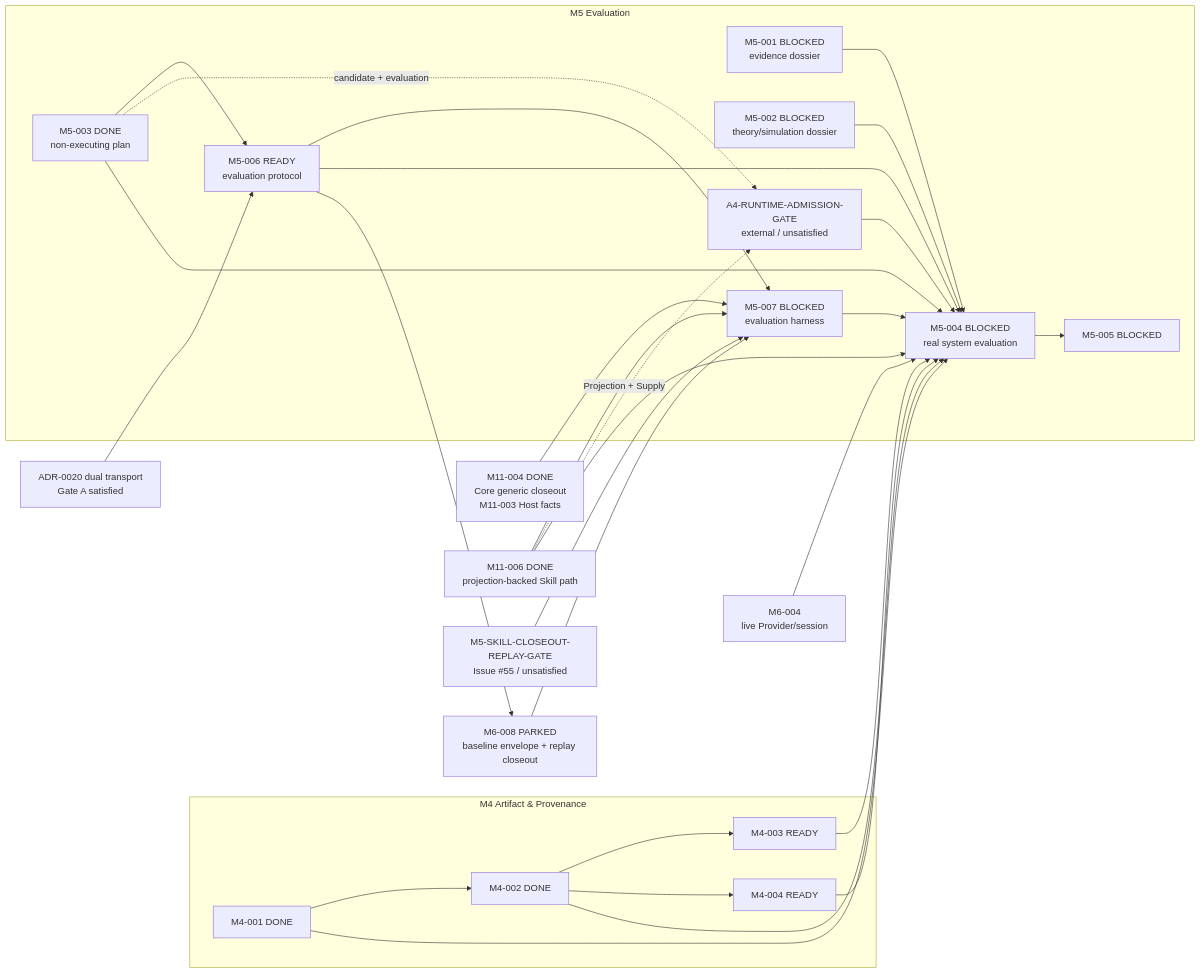
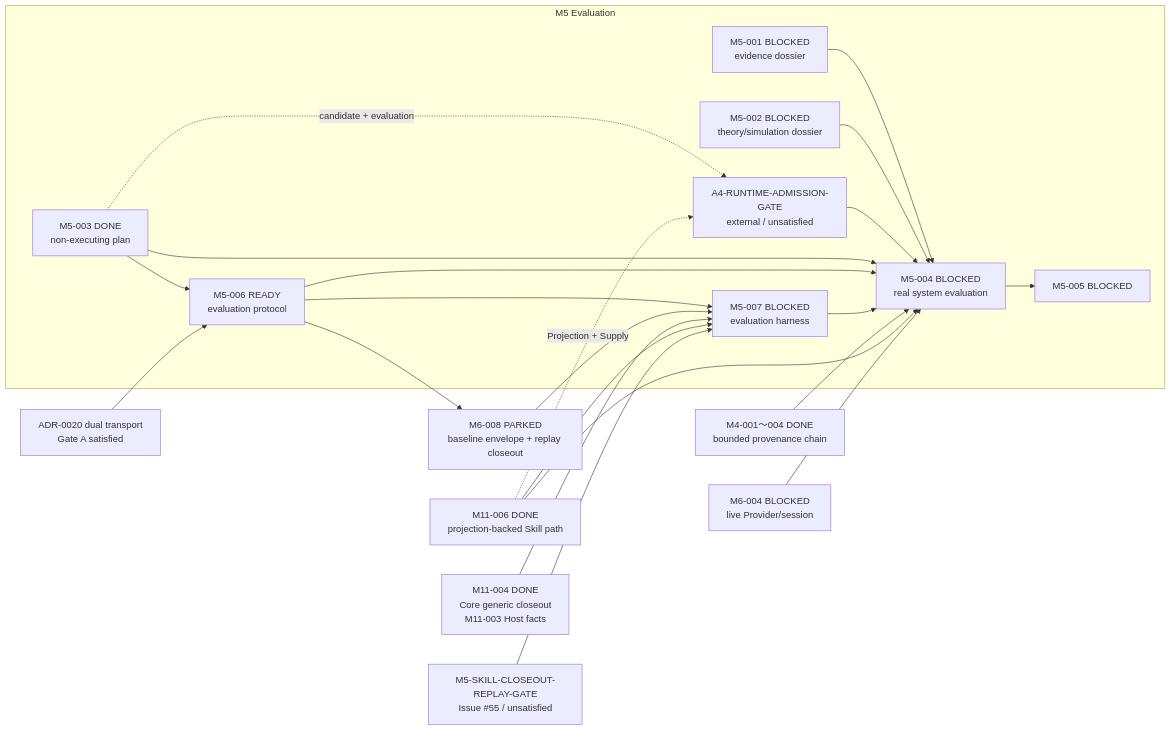
Before and after one commit to Chengyue-Lu/research-agent-workbench: the third of 5 diagrams in docs/M_SERIES_IMPLEMENTATION_MAP.md, drawn with Mermaid. The commit also changed other lines of this file and 32 other files, not shown here.

````diff
--- a/docs/M_SERIES_IMPLEMENTATION_MAP.md
+++ b/docs/M_SERIES_IMPLEMENTATION_MAP.md
@@ -93,35 +99,26 @@
 ```mermaid
 flowchart LR
-    subgraph M4["M4 Artifact & Provenance"]
-        M4001["M4-001 DONE"] --> M4002["M4-002 DONE"]
-        M4002 --> M4003["M4-003 READY"]
-        M4002 --> M4004["M4-004 READY"]
-    end
-
     subgraph M5["M5 Evaluation"]
         M5001["M5-001 BLOCKED<br/>evidence dossier"] --> M5004["M5-004 BLOCKED<br/>real system evaluation"]
         M5002["M5-002 BLOCKED<br/>theory/simulation dossier"] --> M5004
         M5003["M5-003 DONE<br/>non-executing plan"] --> M5006["M5-006 READY<br/>evaluation protocol"]
         M5006 --> M5007["M5-007 BLOCKED<br/>evaluation harness"]
         M5003 -. "candidate + evaluation" .-> A4G["A4-RUNTIME-ADMISSION-GATE<br/>external / unsatisfied"]
         A4G --> M5004
         M5003 --> M5004
         M5006 --> M5004
         M5007 --> M5004
         M5004 --> M5005["M5-005 BLOCKED"]
     end
 
-    M4001 --> M5004
-    M4002 --> M5004
-    M4003 --> M5004
-    M4004 --> M5004
+    M4Done["M4-001～004 DONE<br/>bounded provenance chain"] --> M5004
     BTG["ADR-0020 dual transport<br/>Gate A satisfied"] --> M5006
     M5006 --> M6008["M6-008 PARKED<br/>baseline envelope + replay closeout"]
     M6008 --> M5007
     M1104["M11-004 DONE<br/>Core generic closeout<br/>M11-003 Host facts"] --> M5007
     M1106["M11-006 DONE<br/>projection-backed Skill path"] --> M5007
     SCG["M5-SKILL-CLOSEOUT-REPLAY-GATE<br/>Issue #55 / unsatisfied"] --> M5007
     M1106 -. "Projection + Supply" .-> A4G
     M1106 --> M5004
-    M6004["M6-004<br/>live Provider/session"] --> M5004
+    M6004["M6-004 BLOCKED<br/>live Provider/session"] --> M5004
 ```
````
